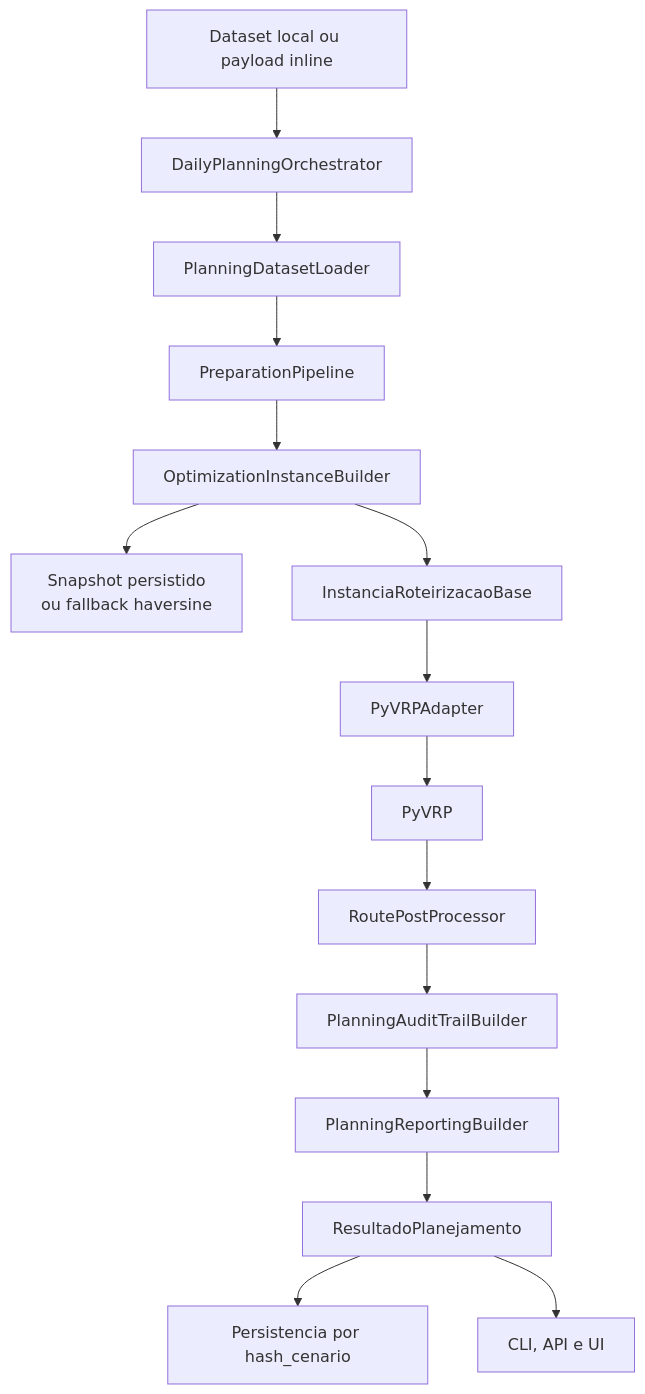
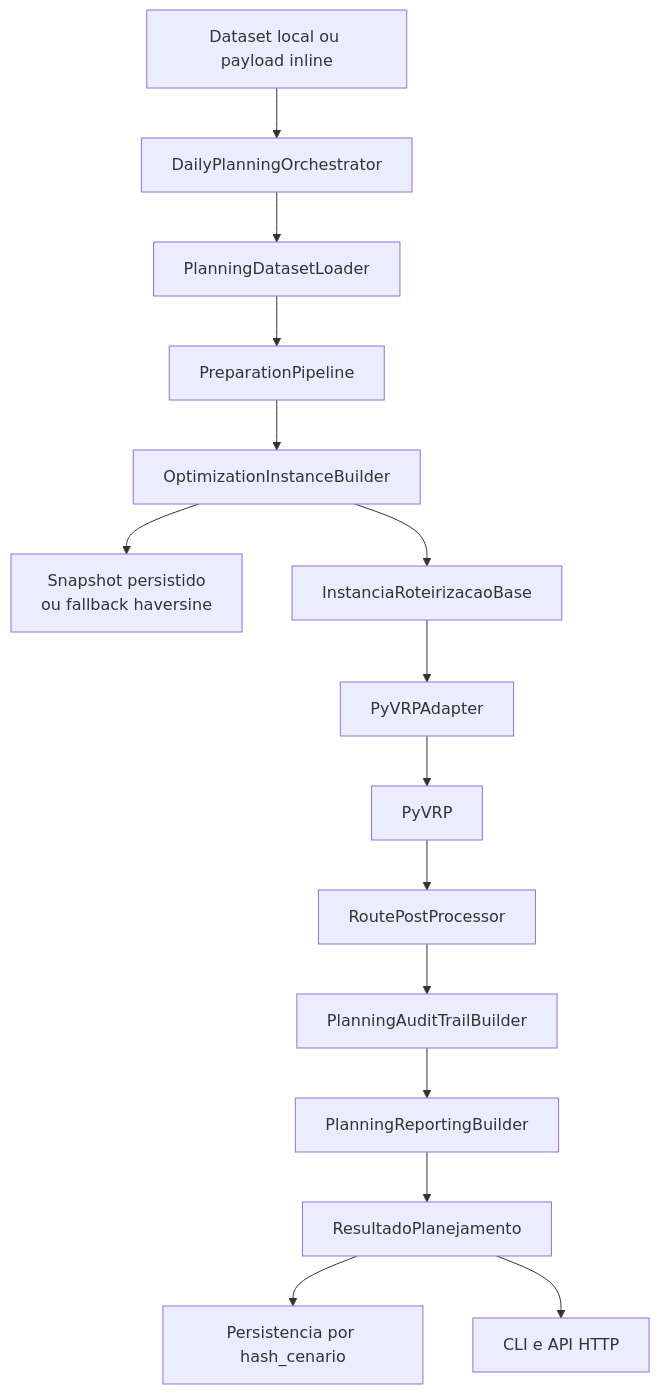
Before and after one commit to ThiagoBibiano/aredes-roteirizacao-numerario: the diagram in docs/contexto.md, drawn with Mermaid. The commit also changed other lines of this file and 1 other file, not shown here.

````diff
--- a/docs/contexto.md
+++ b/docs/contexto.md
@@ -357,17 +357,17 @@
 ```mermaid
 flowchart TD
     A[Dataset local ou payload inline] --> B[DailyPlanningOrchestrator]
     B --> C[PlanningDatasetLoader]
     C --> D[PreparationPipeline]
     D --> E[OptimizationInstanceBuilder]
     E --> F[Snapshot persistido<br/>ou fallback haversine]
     E --> G[InstanciaRoteirizacaoBase]
     G --> H[PyVRPAdapter]
     H --> I[PyVRP]
     I --> J[RoutePostProcessor]
     J --> K[PlanningAuditTrailBuilder]
     K --> L[PlanningReportingBuilder]
     L --> M[ResultadoPlanejamento]
     M --> N[Persistencia por hash_cenario]
-    M --> O[CLI, API e UI]
+    M --> O[CLI e API HTTP]
 ```
````
